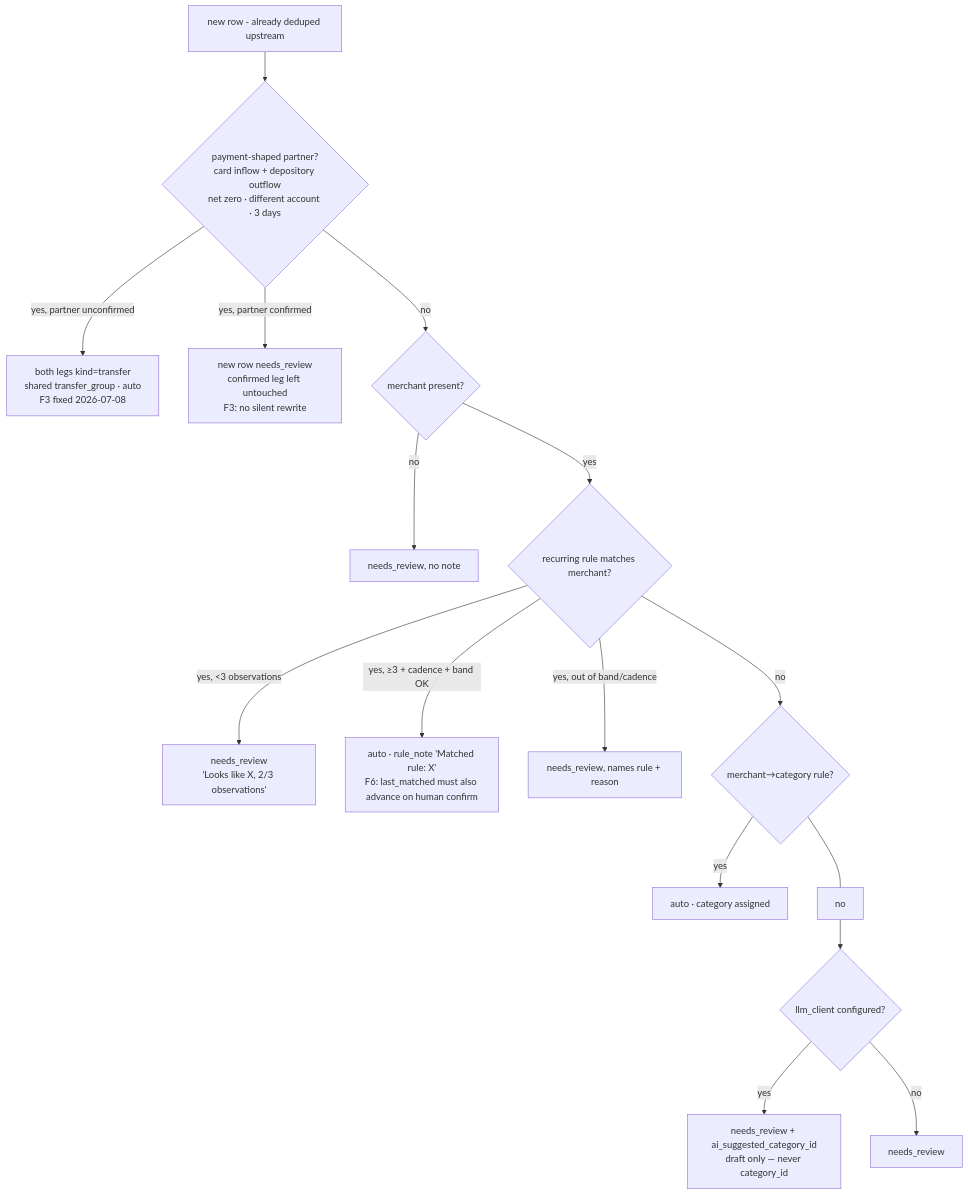
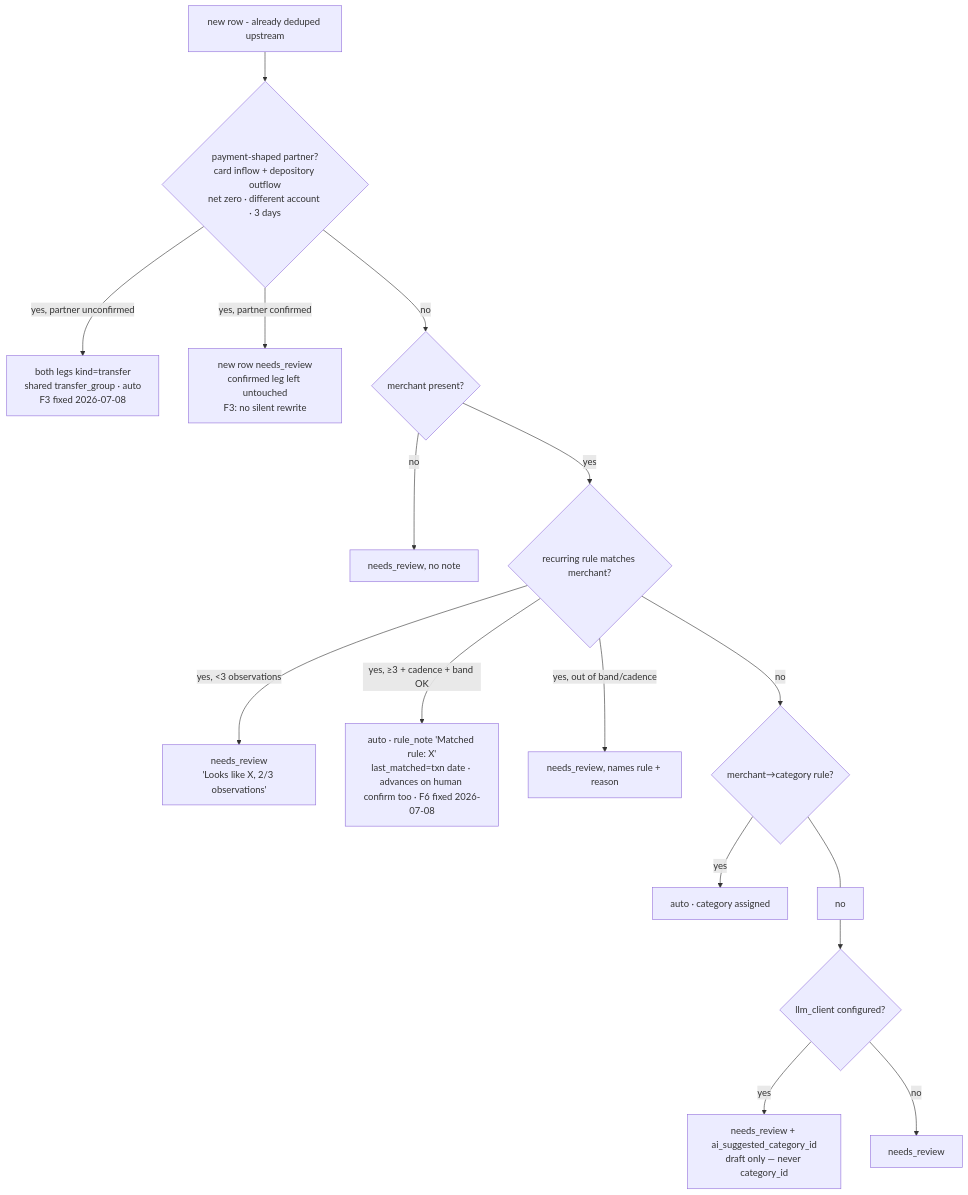
One commit to CDRaab01/Magpie changed the second of 4 diagrams in ARCHITECTURE.md. Above: the diagram before and after it, drawn with Mermaid. The commit also changed other lines of this file and 3 other files, not shown here.

````diff
--- a/ARCHITECTURE.md
+++ b/ARCHITECTURE.md
@@ -121,17 +121,17 @@
 ```mermaid
 flowchart TD
     A[new row - already deduped upstream] --> B{payment-shaped partner?\ncard inflow + depository outflow\nnet zero · different account · 3 days}
     B -- "yes, partner unconfirmed" --> T[both legs kind=transfer\nshared transfer_group · auto\nF3 fixed 2026-07-08]
     B -- "yes, partner confirmed" --> NRT[new row needs_review\nconfirmed leg left untouched\nF3: no silent rewrite]
     B -- no --> D{merchant present?}
     D -- no --> NR1[needs_review, no note]
     D -- yes --> R{recurring rule matches merchant?}
     R -- "yes, <3 observations" --> NR2[needs_review\n'Looks like X, 2/3 observations']
-    R -- "yes, ≥3 + cadence + band OK" --> AF[auto · rule_note 'Matched rule: X'\nF6: last_matched must also advance on human confirm]
+    R -- "yes, ≥3 + cadence + band OK" --> AF[auto · rule_note 'Matched rule: X'\nlast_matched=txn date · advances on human confirm too · F6 fixed 2026-07-08]
     R -- "yes, out of band/cadence" --> NR3[needs_review, names rule + reason]
     R -- no --> MC{merchant→category rule?}
     MC -- yes --> AF2[auto · category assigned]
     MC --- no --> AI{llm_client configured?}
     AI -- yes --> DR[needs_review + ai_suggested_category_id\ndraft only — never category_id]
     AI -- no --> NR4[needs_review]
 ```
````
